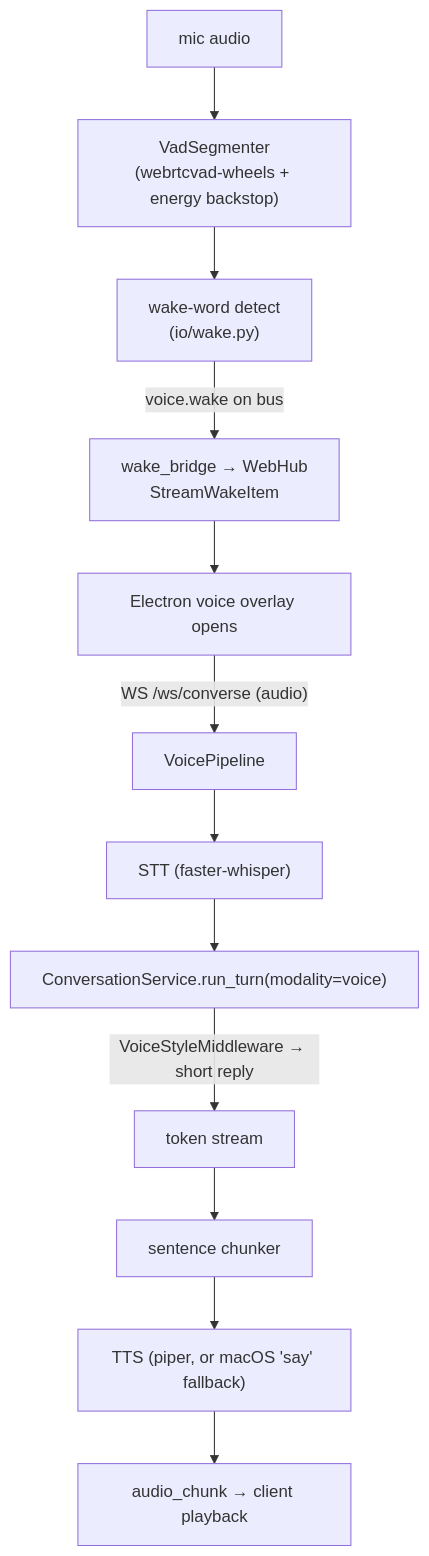
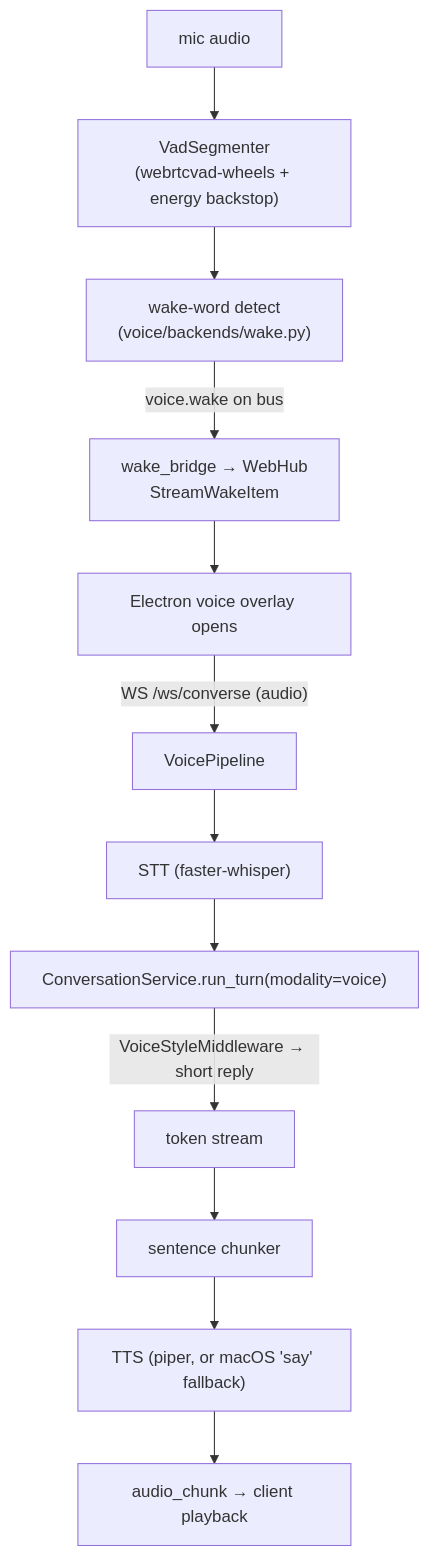
One commit to Abhinav210310453045/YUYUTSAVA-backend changed diagram 16 of 18 in docs/architecture/overview.md. Above: the diagram before and after it, drawn with Mermaid. The commit also changed other lines of this file and 26 other files, not shown here.

````diff
--- a/docs/architecture/overview.md
+++ b/docs/architecture/overview.md
@@ -1602,14 +1602,14 @@
 ```mermaid
 flowchart TD
     Mic["mic audio"] --> VAD["VadSegmenter<br/>(webrtcvad-wheels + energy backstop)"]
-    VAD --> Wake["wake-word detect<br/>(io/wake.py)"]
+    VAD --> Wake["wake-word detect<br/>(voice/backends/wake.py)"]
     Wake -->|"voice.wake on bus"| Bridge["wake_bridge → WebHub<br/>StreamWakeItem"]
     Bridge --> Overlay["Electron voice overlay opens"]
     Overlay -->|"WS /ws/converse (audio)"| Pipe["VoicePipeline"]
     Pipe --> STT["STT (faster-whisper)"]
     STT --> Conv["ConversationService.run_turn(modality=voice)"]
     Conv -->|"VoiceStyleMiddleware → short reply"| Toks["token stream"]
     Toks --> Sent["sentence chunker"]
     Sent --> TTS["TTS (piper, or macOS 'say' fallback)"]
     TTS --> PCM["audio_chunk → client playback"]
 ```
````
